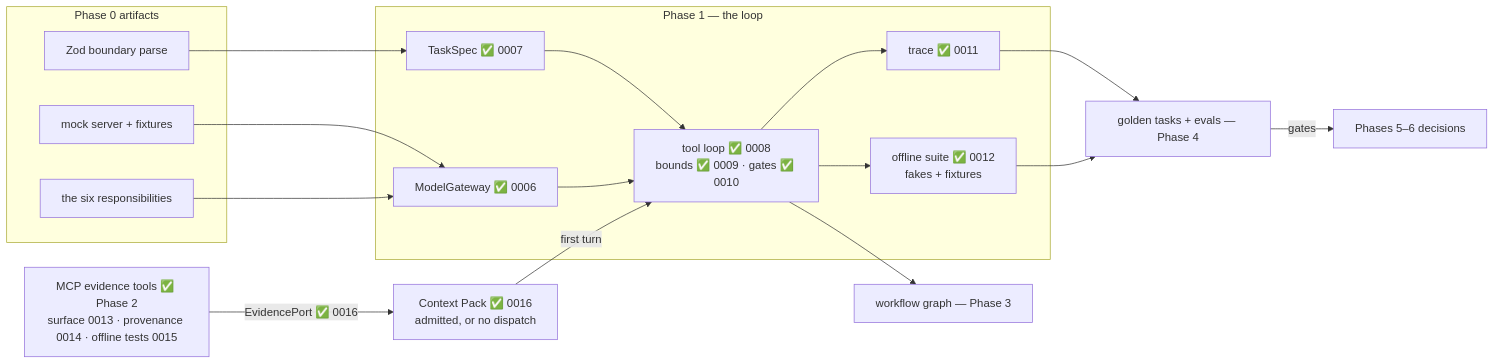
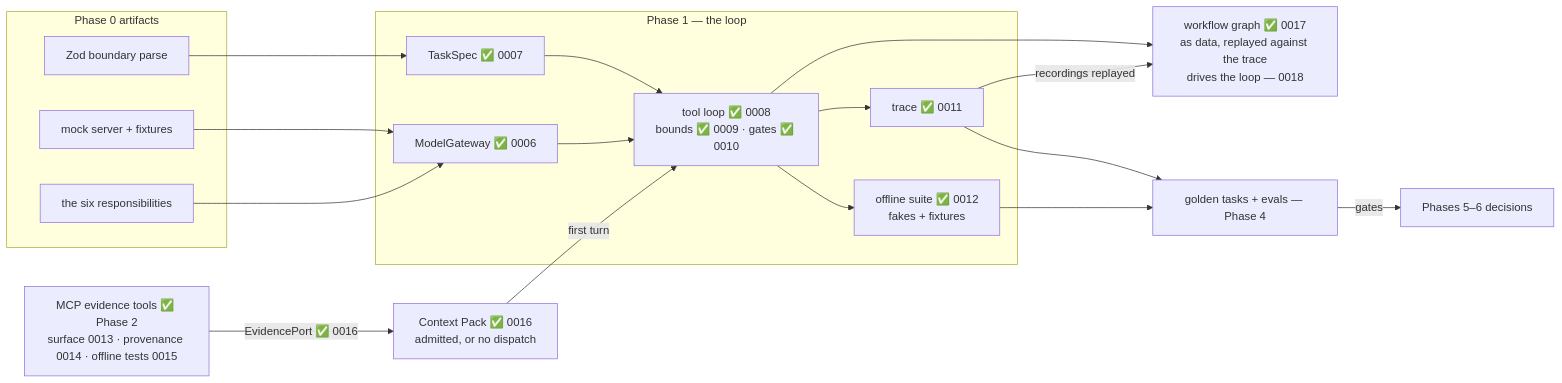
One commit to JozsefKiss90/TS changed the sixth of 6 diagrams in wiki/course/course-module-graph.md. Above: the diagram before and after it, drawn with Mermaid. The commit also changed other lines of this file and 22 other files, not shown here.

First line of the commit message:
Ship lesson 0017 - Thinking in State Graphs; lab 12-workflow-graph; Phase 3 opens

````diff
--- a/wiki/course/course-module-graph.md
+++ b/wiki/course/course-module-graph.md
@@ -95,28 +115,29 @@
 ```mermaid
 flowchart LR
     subgraph PH0["Phase 0 artifacts"]
         MOCK["mock server + fixtures"]
         SIX["the six responsibilities"]
         ZOD["Zod boundary parse"]
     end
     subgraph PH1["Phase 1 — the loop"]
         GWY["ModelGateway ✅ 0006"]
         SPEC["TaskSpec ✅ 0007"]
         TLOOP["tool loop ✅ 0008<br/>bounds ✅ 0009 · gates ✅ 0010"]
         TR["trace ✅ 0011"]
         TESTS["offline suite ✅ 0012<br/>fakes + fixtures"]
     end
     MOCK --> GWY
     SIX --> GWY
     ZOD --> SPEC
     SPEC --> TLOOP
     GWY --> TLOOP
     TLOOP --> TR
     TLOOP --> TESTS
     EV["MCP evidence tools ✅ Phase 2<br/>surface 0013 · provenance 0014 · offline tests 0015"] -->|"EvidencePort ✅ 0016"| PACK["Context Pack ✅ 0016<br/>admitted, or no dispatch"]
     PACK -->|"first turn"| TLOOP
-    TLOOP --> WG["workflow graph — Phase 3"]
+    TLOOP --> WG["workflow graph ✅ 0017<br/>as data, replayed against the trace<br/>drives the loop — 0018"]
+    TR -->|"recordings replayed"| WG
     TR --> EVAL["golden tasks + evals — Phase 4"]
     TESTS --> EVAL
     EVAL -->|"gates"| P5P6["Phases 5–6 decisions"]
 ```
````
